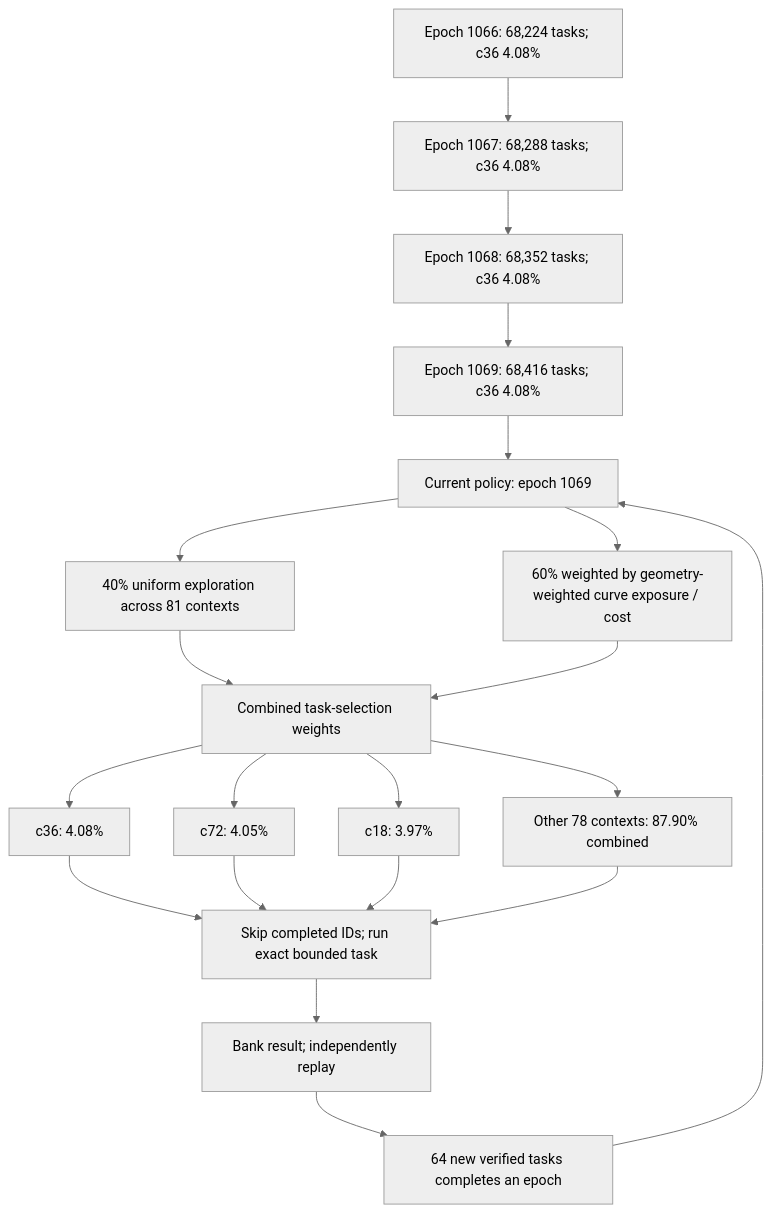
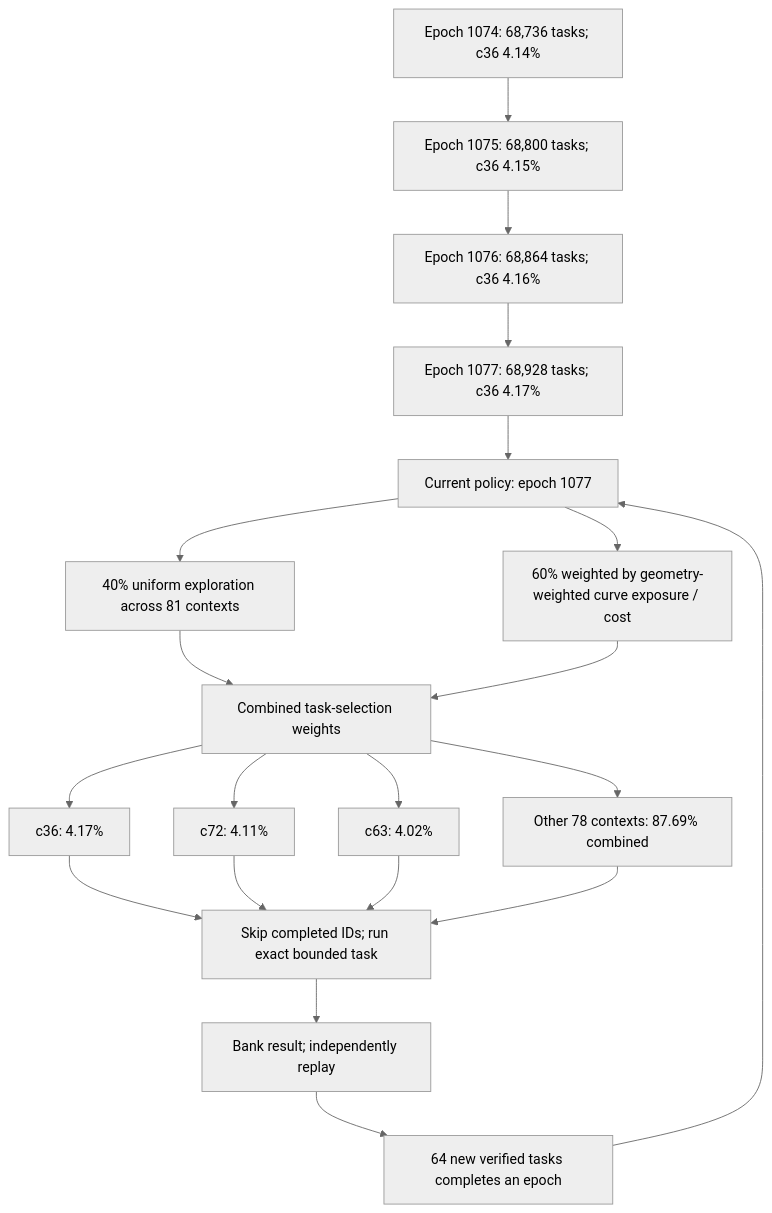
The first of 3 diagrams in README.md (Kuberwastaken/math-gambling), drawn with Mermaid (neutral theme) before and after one commit. The commit also changed other lines of this file and 1141 other files, not shown here.

````diff
--- a/README.md
+++ b/README.md
@@ -55,27 +55,27 @@
 ```mermaid
 flowchart TD
-    H0["Epoch 1066: 68,224 tasks; c36 4.08%"]
-    H1["Epoch 1067: 68,288 tasks; c36 4.08%"]
+    H0["Epoch 1074: 68,736 tasks; c36 4.14%"]
+    H1["Epoch 1075: 68,800 tasks; c36 4.15%"]
     H0 --> H1
-    H2["Epoch 1068: 68,352 tasks; c36 4.08%"]
+    H2["Epoch 1076: 68,864 tasks; c36 4.16%"]
     H1 --> H2
-    H3["Epoch 1069: 68,416 tasks; c36 4.08%"]
+    H3["Epoch 1077: 68,928 tasks; c36 4.17%"]
     H2 --> H3
-    Policy["Current policy: epoch 1069"]
+    Policy["Current policy: epoch 1077"]
     H3 --> Policy
     Policy --> Explore["40% uniform exploration across 81 contexts"]
     Policy --> Cost["60% weighted by geometry-weighted curve exposure / cost"]
     Explore --> Mix["Combined task-selection weights"]
     Cost --> Mix
-    Mix --> C0["c36: 4.08%"]
-    Mix --> C1["c72: 4.05%"]
-    Mix --> C2["c18: 3.97%"]
-    Mix --> Rest["Other 78 contexts: 87.90% combined"]
+    Mix --> C0["c36: 4.17%"]
+    Mix --> C1["c72: 4.11%"]
+    Mix --> C2["c63: 4.02%"]
+    Mix --> Rest["Other 78 contexts: 87.69% combined"]
     C0 --> Check["Skip completed IDs; run exact bounded task"]
     C1 --> Check
     C2 --> Check
     Rest --> Check
     Check --> Replay["Bank result; independently replay"]
     Replay --> Gate["64 new verified tasks completes an epoch"]
     Gate --> Policy
 ```
````
